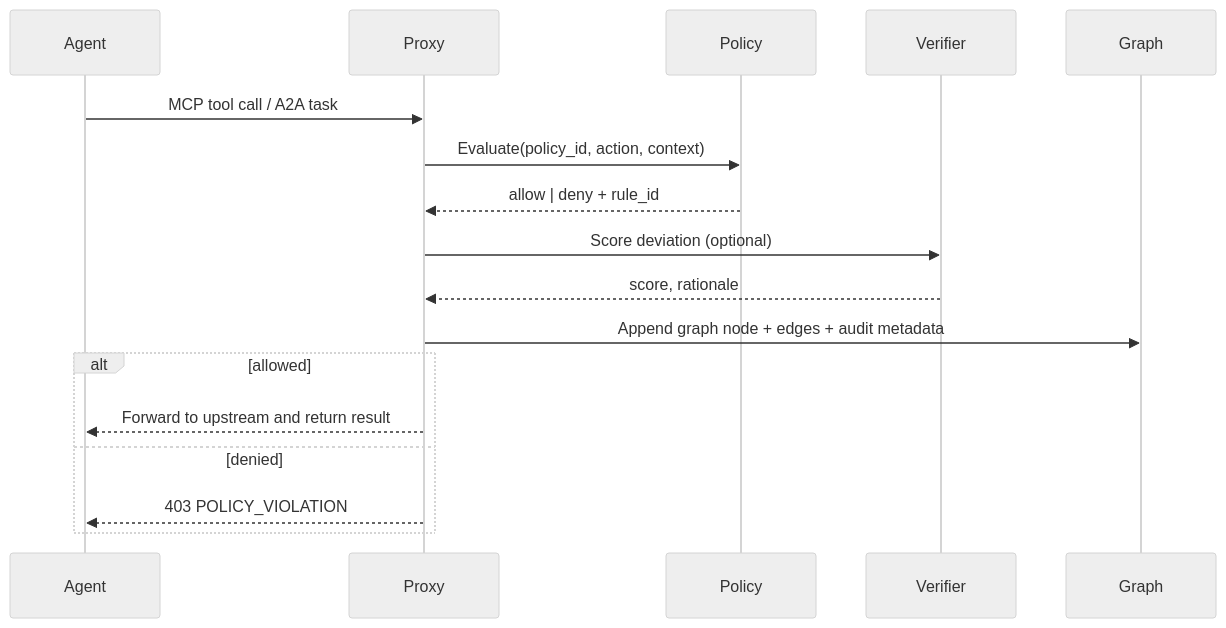
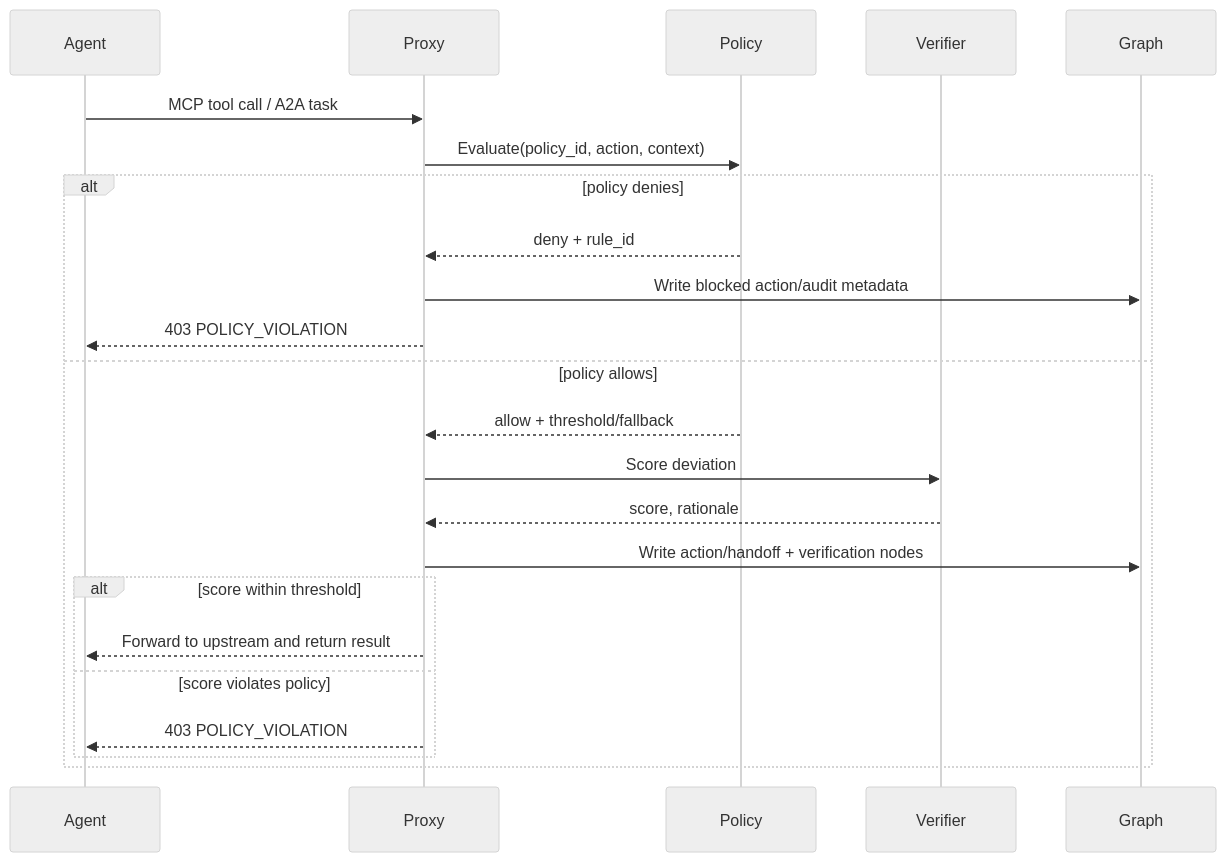
Before and after one commit to yagna-1/astragraph: the second of 2 diagrams in README.md, drawn with Mermaid (neutral theme). The commit also changed other lines of this file, not shown here.

Commit message:
docs: align README diagrams with reference specs

````diff
--- a/README.md
+++ b/README.md
@@ -29,20 +30,26 @@
 ```mermaid
 sequenceDiagram
     participant A as Agent
     participant P as Proxy
     participant S as Policy
     participant V as Verifier
     participant G as Graph
 
     A->>P: MCP tool call / A2A task
     P->>S: Evaluate(policy_id, action, context)
-    S-->>P: allow | deny + rule_id
-    P->>V: Score deviation (optional)
-    V-->>P: score, rationale
-    P->>G: Append graph node + edges + audit metadata
-    alt allowed
-      P-->>A: Forward to upstream and return result
-    else denied
+    alt policy denies
+      S-->>P: deny + rule_id
+      P->>G: Write blocked action/audit metadata
       P-->>A: 403 POLICY_VIOLATION
+    else policy allows
+      S-->>P: allow + threshold/fallback
+      P->>V: Score deviation
+      V-->>P: score, rationale
+      P->>G: Write action/handoff + verification nodes
+      alt score within threshold
+        P-->>A: Forward to upstream and return result
+      else score violates policy
+        P-->>A: 403 POLICY_VIOLATION
+      end
     end
 ```
````
